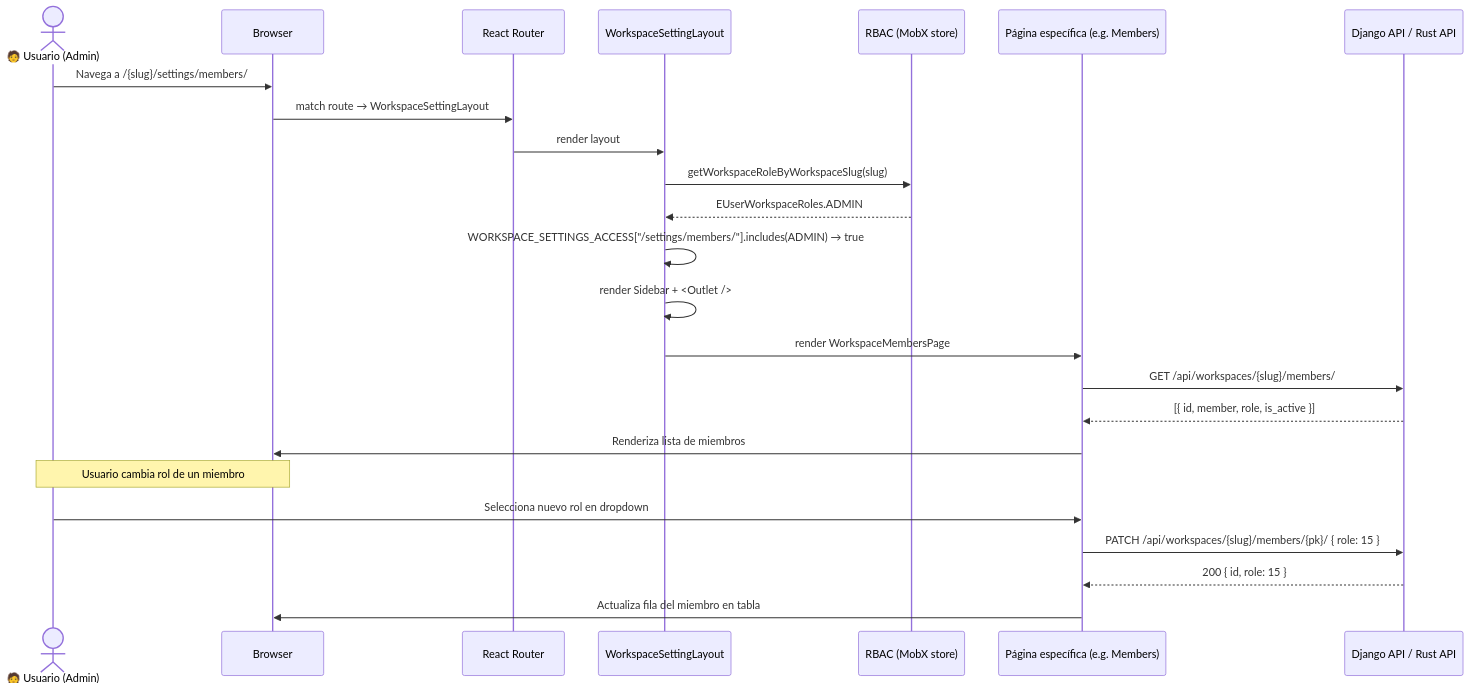
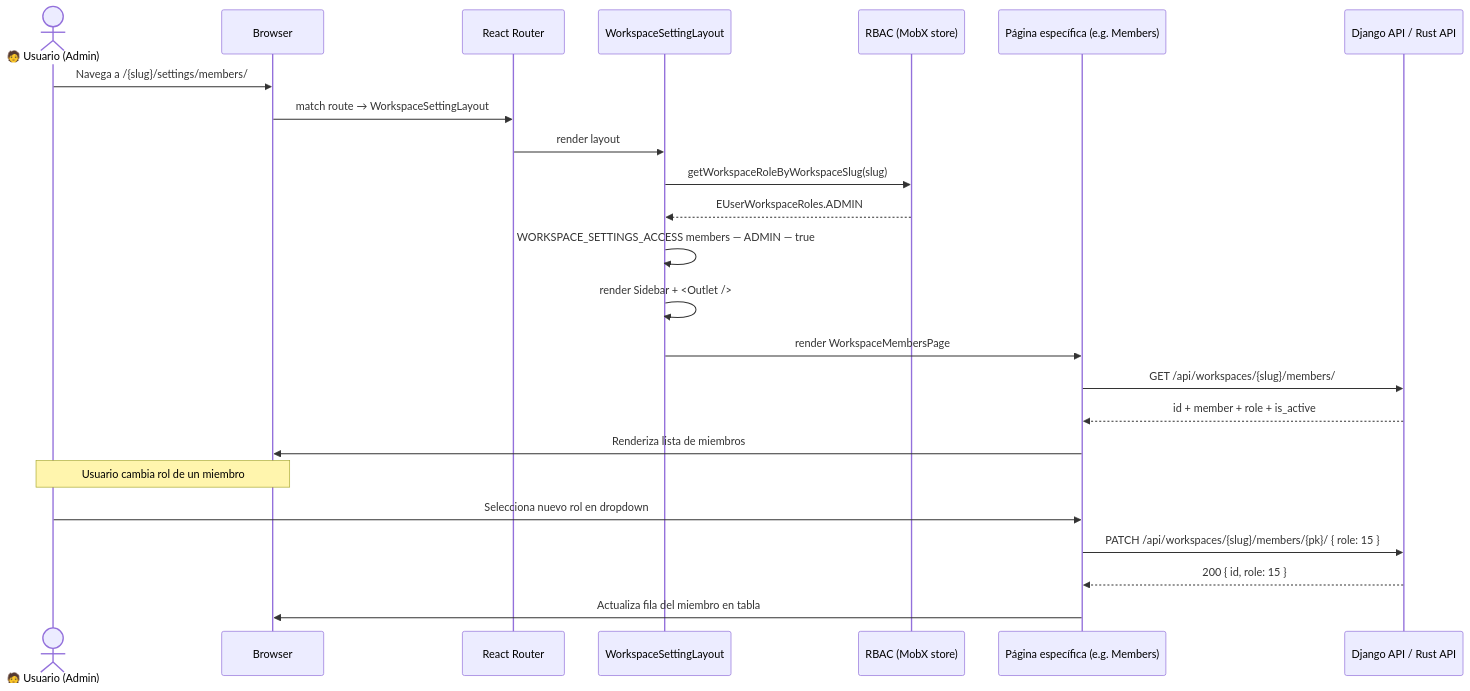
One commit to codecsrayo/plane changed the third of 3 diagrams in docs/api-rust/15-workspace-settings.md. Above: the diagram before and after it, drawn with Mermaid. The commit also changed other lines of this file and 1 other file, not shown here.

Commit message:
fix(docs): fix mermaid parse errors in files 14 and 15 — remove quotes, braces and special chars from diagram labels

````diff
--- a/docs/api-rust/15-workspace-settings.md
+++ b/docs/api-rust/15-workspace-settings.md
@@ -406,28 +405,28 @@
 ```mermaid
 sequenceDiagram
     actor User as 🧑 Usuario (Admin)
     participant Browser as Browser
     participant Router as React Router
     participant Layout as WorkspaceSettingLayout
     participant RBAC as RBAC (MobX store)
     participant Page as Página específica (e.g. Members)
     participant API as Django API / Rust API
 
     User->>Browser: Navega a /{slug}/settings/members/
     Browser->>Router: match route → WorkspaceSettingLayout
     Router->>Layout: render layout
     Layout->>RBAC: getWorkspaceRoleByWorkspaceSlug(slug)
     RBAC-->>Layout: EUserWorkspaceRoles.ADMIN
-    Layout->>Layout: WORKSPACE_SETTINGS_ACCESS["/settings/members/"].includes(ADMIN) → true
+    Layout->>Layout: WORKSPACE_SETTINGS_ACCESS members — ADMIN — true
     Layout->>Layout: render Sidebar + <Outlet />
     Layout->>Page: render WorkspaceMembersPage
     Page->>API: GET /api/workspaces/{slug}/members/
-    API-->>Page: [{ id, member, role, is_active }]
+    API-->>Page: id + member + role + is_active
     Page->>Browser: Renderiza lista de miembros
 
     Note over User,Browser: Usuario cambia rol de un miembro
     User->>Page: Selecciona nuevo rol en dropdown
     Page->>API: PATCH /api/workspaces/{slug}/members/{pk}/ { role: 15 }
     API-->>Page: 200 { id, role: 15 }
     Page->>Browser: Actualiza fila del miembro en tabla
 ```
````
